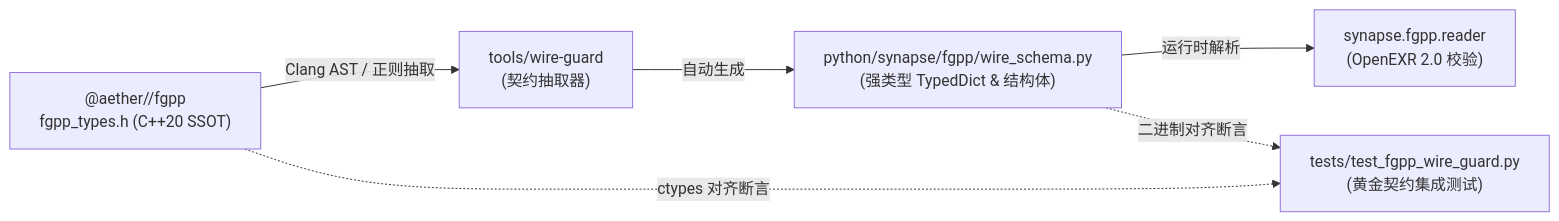
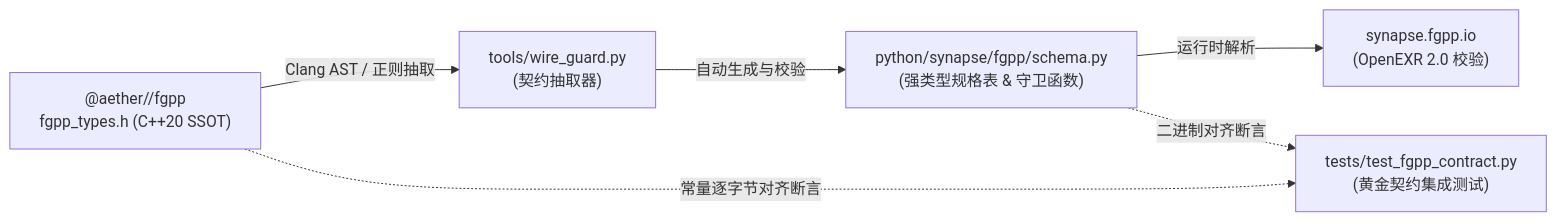
The fourth of 6 diagrams in docs/DESIGN_SYSTEM_ENHANCEMENT.md (sautille-stroke/synapse), drawn with Mermaid before and after one commit. The commit also changed other lines of this file and 14 other files, not shown here.

````diff
--- a/docs/DESIGN_SYSTEM_ENHANCEMENT.md
+++ b/docs/DESIGN_SYSTEM_ENHANCEMENT.md
@@ -149,8 +150,8 @@
 ```mermaid
 flowchart LR
-    A["@aether//fgpp<br/>fgpp_types.h (C++20 SSOT)"] -->|Clang AST / 正则抽取| B["tools/wire-guard<br/>(契约抽取器)"]
-    B -->|自动生成| C["python/synapse/fgpp/wire_schema.py<br/>(强类型 TypedDict & 结构体)"]
-    C -->|运行时解析| D["synapse.fgpp.reader<br/>(OpenEXR 2.0 校验)"]
-    A -.->|ctypes 对齐断言| E["tests/test_fgpp_wire_guard.py<br/>(黄金契约集成测试)"]
+    A["@aether//fgpp<br/>fgpp_types.h (C++20 SSOT)"] -->|Clang AST / 正则抽取| B["tools/wire_guard.py<br/>(契约抽取器)"]
+    B -->|自动生成与校验| C["python/synapse/fgpp/schema.py<br/>(强类型规格表 & 守卫函数)"]
+    C -->|运行时解析| D["synapse.fgpp.io<br/>(OpenEXR 2.0 校验)"]
+    A -.->|常量逐字节对齐断言| E["tests/test_fgpp_contract.py<br/>(黄金契约集成测试)"]
     C -.->|二进制对齐断言| E
 ```
````
